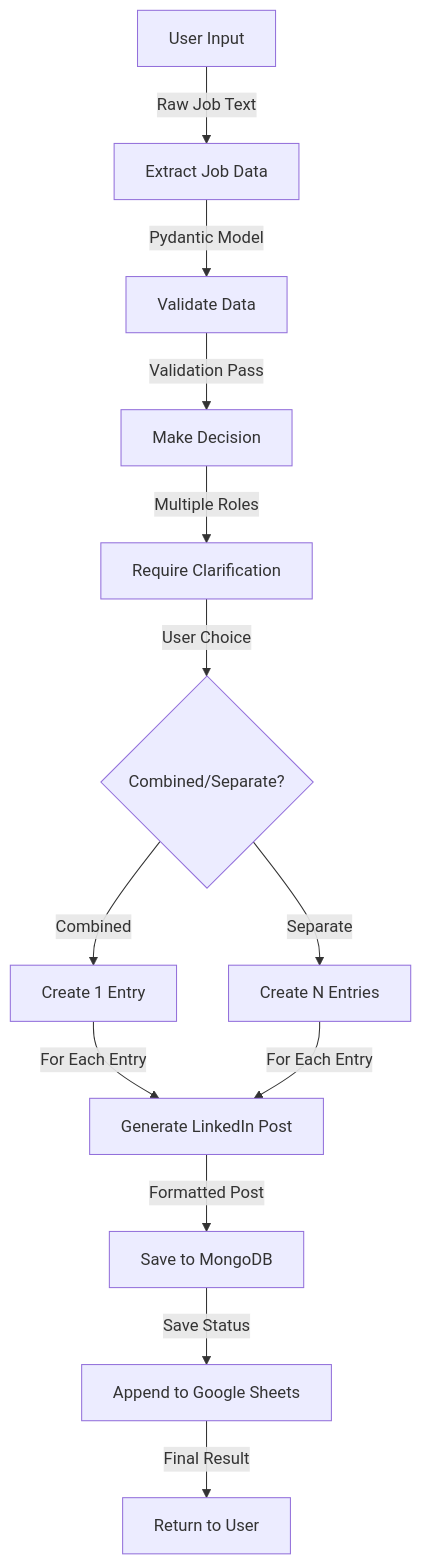
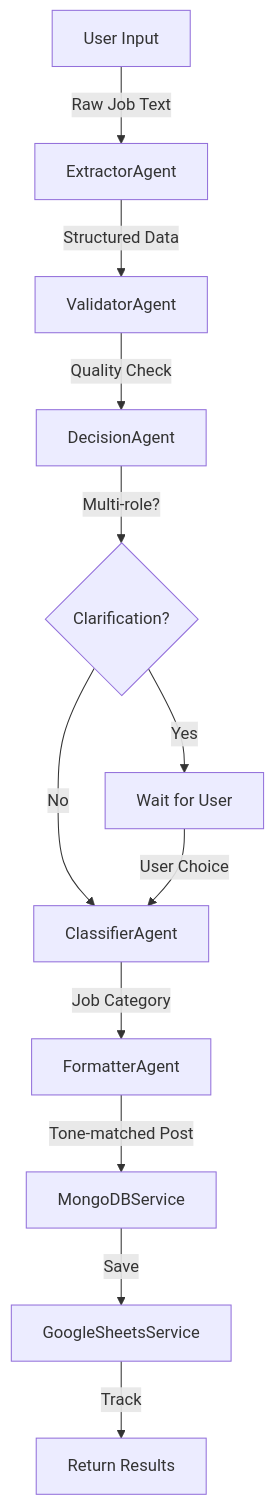
Before and after one commit to abdullahfirdowsi/link2hire: the diagram in README.md, drawn with Mermaid. The commit also changed other lines of this file, not shown here.

````diff
--- a/README.md
+++ b/README.md
@@ -320,15 +775,14 @@
 ```mermaid
 graph TD
-    A[User Input] -->|Raw Job Text| B[Extract Job Data]
-    B -->|Pydantic Model| C[Validate Data]
-    C -->|Validation Pass| D[Make Decision]
-    D -->|Multiple Roles| E[Require Clarification]
-    E -->|User Choice| F{Combined/Separate?}
-    F -->|Combined| G[Create 1 Entry]
-    F -->|Separate| H[Create N Entries]
-    G -->|For Each Entry| I[Generate LinkedIn Post]
-    H -->|For Each Entry| I
-    I -->|Formatted Post| J[Save to MongoDB]
-    J -->|Save Status| K[Append to Google Sheets]
-    K -->|Final Result| L[Return to User]
+    A[User Input] -->|Raw Job Text| B[ExtractorAgent]
+    B -->|Structured Data| C[ValidatorAgent]
+    C -->|Quality Check| D[DecisionAgent]
+    D -->|Multi-role?| E{Clarification?}
+    E -->|Yes| F[Wait for User]
+    E -->|No| G[ClassifierAgent]
+    F -->|User Choice| G
+    G -->|Job Category| H[FormatterAgent]
+    H -->|Tone-matched Post| I[MongoDBService]
+    I -->|Save| J[GoogleSheetsService]
+    J -->|Track| K[Return Results]
 ```
````
